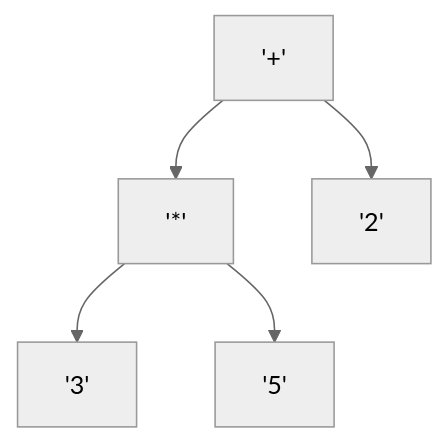
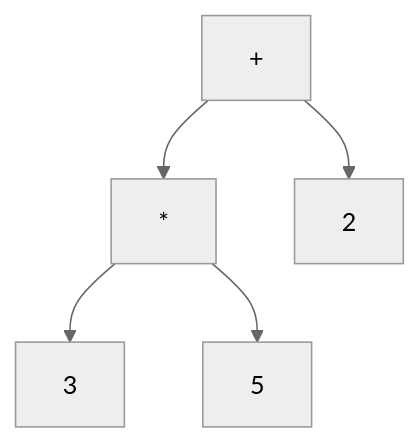
The third of 3 diagrams in public/documents/semester-2/2/22102.md (djaimej/computer-science-template), drawn with Mermaid (neutral theme) before and after one commit. The commit also changed other lines of this file and 44 other files, not shown here.

````diff
--- a/public/documents/semester-2/2/22102.md
+++ b/public/documents/semester-2/2/22102.md
@@ -138,7 +140,7 @@
 ```mermaid
 flowchart TD
-    '+' --> '*'
-    '+' --> '2'
-    '*' --> '3'
-    '*' --> '5'
+    A["+"] --> B["*"]
+    A --> C["2"]
+    B --> D["3"]
+    B --> E["5"]
 ```
````
